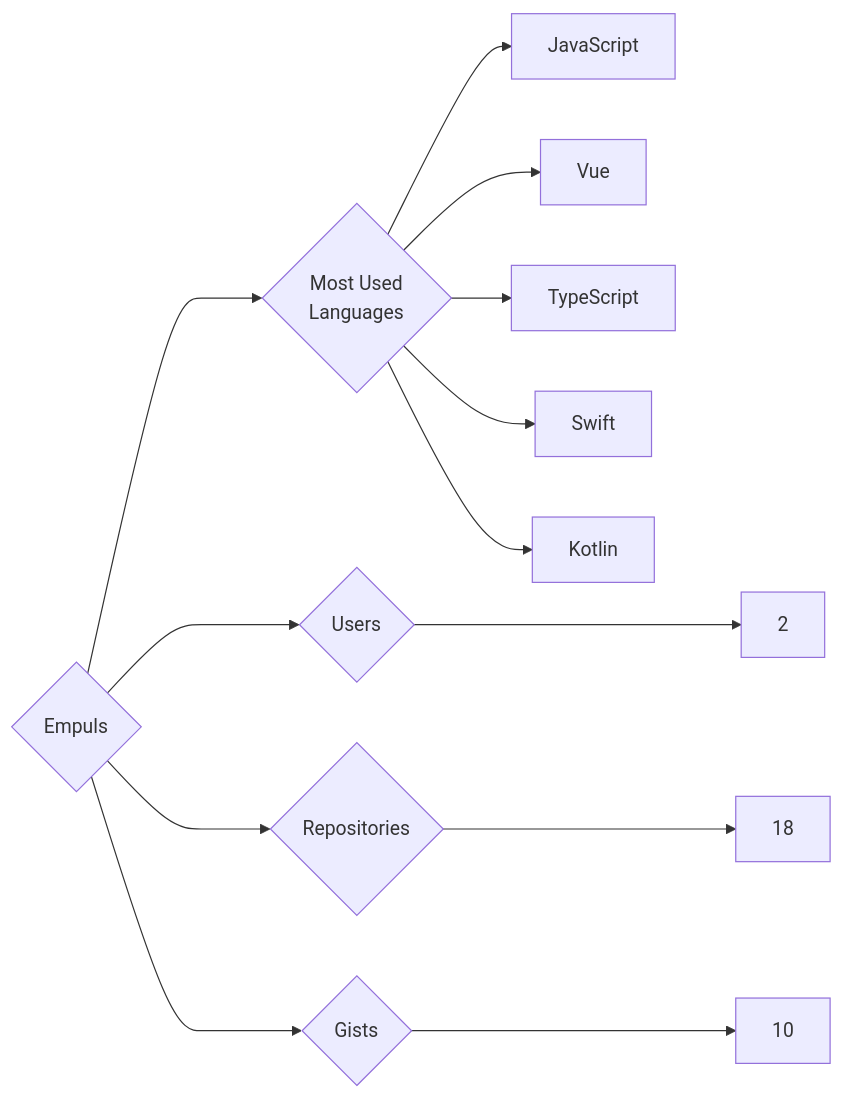
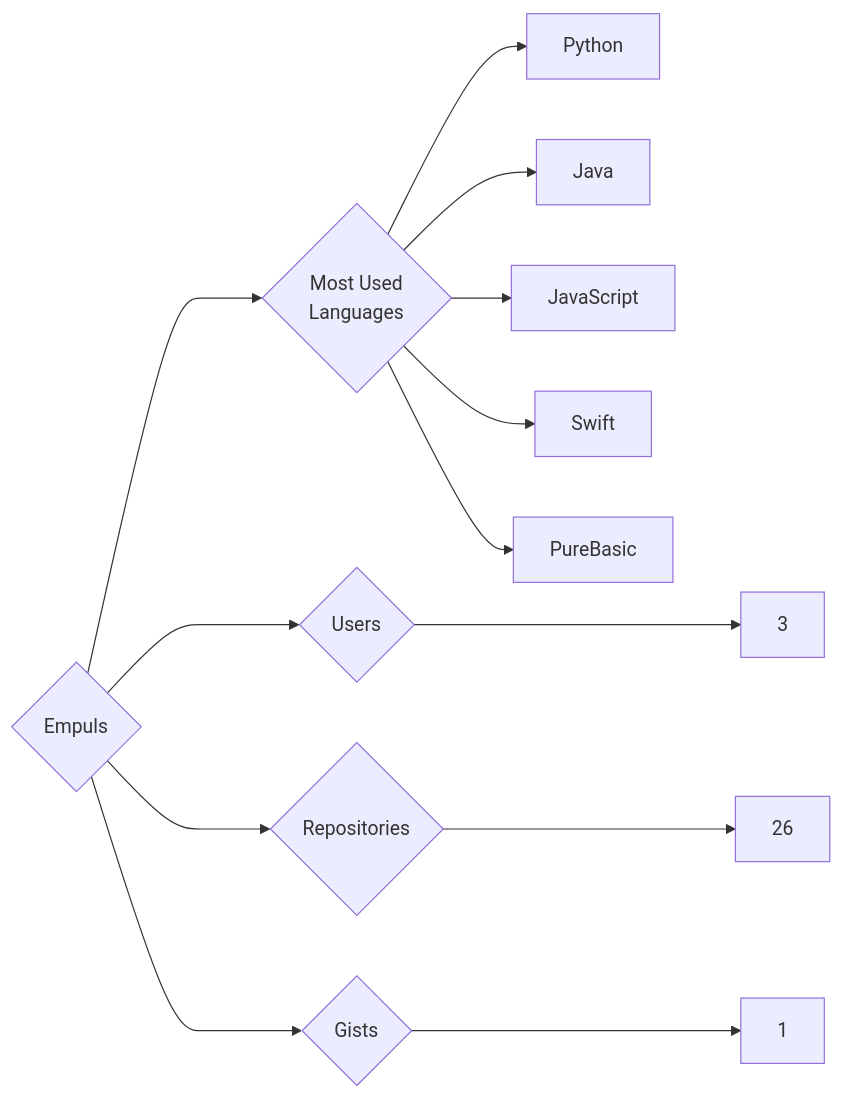
The diagram in targets/Empuls/README.md (trickest/insiders), drawn with Mermaid before and after one commit. The commit also changed 900 other files, not shown here.

````diff
--- a/targets/Empuls/README.md
+++ b/targets/Empuls/README.md
@@ -3,13 +3,13 @@
 ```mermaid
 graph LR
 COMPANY_NAME{Empuls}
-COMPANY_NAME ---> U{Users} ---> UN[2]
-COMPANY_NAME ---> R{Repositories} ---> RN[18]
-COMPANY_NAME ---> G{Gists} ---> GN[10]
+COMPANY_NAME ---> U{Users} ---> UN[3]
+COMPANY_NAME ---> R{Repositories} ---> RN[26]
+COMPANY_NAME ---> G{Gists} ---> GN[1]
 COMPANY_NAME ---> ML{Most Used<br>Languages}
+ML --> Python[Python]
+ML --> Java[Java]
 ML --> JavaScript[JavaScript]
-ML --> Vue[Vue]
-ML --> TypeScript[TypeScript]
 ML --> Swift[Swift]
-ML --> Kotlin[Kotlin]
+ML --> PureBasic[PureBasic]
 ```
````
